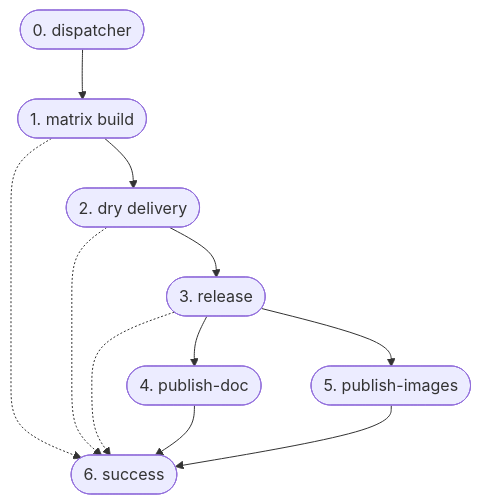
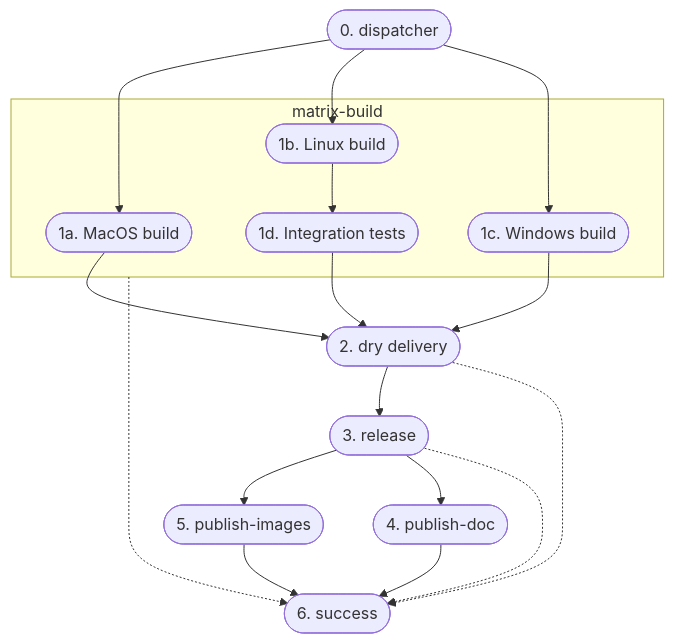
One commit to position-pal/Documentation changed the diagram in content/docs/7-devops/devops.md. Above: the diagram before and after it, drawn with Mermaid. The commit also changed other lines of this file and 1 other file, not shown here.

````diff
--- a/content/docs/7-devops/devops.md
+++ b/content/docs/7-devops/devops.md
@@ -17,20 +87,31 @@
 ```mermaid
 graph TB;
   dispatcher(["0. dispatcher"])
-  dispatcher --> build;
-  build(["1. matrix build"]);
+  dispatcher --> build1;
+  dispatcher --> build2;
+  dispatcher --> build3;
+
+  subgraph matrix-build
+    build1(["1a. MacOS build"]);
+    build2(["1b. Linux build"]);
+    build3(["1c. Windows build"]);
+    build2 --> build4(["1d. Integration tests"]);
+  end
+
   dry-delivery(["2. dry delivery"])
-  build --> dry-delivery;
+  build1 --> dry-delivery;
+  build3 --> dry-delivery;
+  build4 --> dry-delivery;
   release(["3. release"])
   dry-delivery --> release;
   publish-images(["5. publish-images"])
   release --> publish-images;
   publish-doc(["4. publish-doc"])
   release --> publish-doc;
   success(["6. success"])
-  build .-> success
+  matrix-build .-> success
   dry-delivery .-> success
   release .-> success
   publish-doc --> success
   publish-images --> success;
 ```
````
